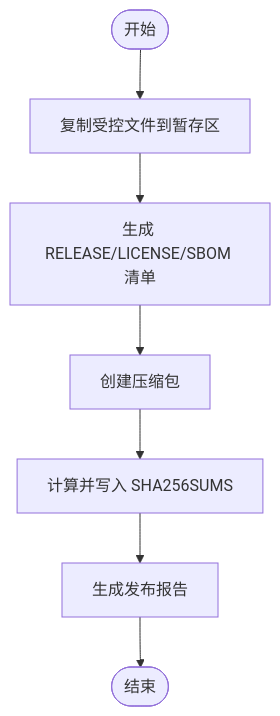
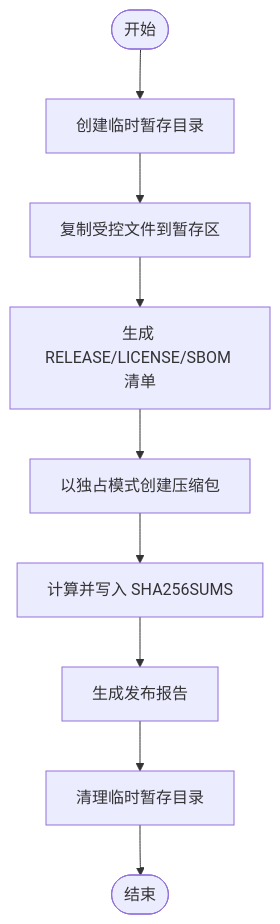
One commit to haolange/RDC-Tool changed the third of 9 diagrams in .qoder/repowiki/zh/content/部署和发布/发布打包.md. Above: the diagram before and after it, drawn with Mermaid. The commit also changed other lines of this file and 53 other files, not shown here.

````diff
--- a/.qoder/repowiki/zh/content/部署和发布/发布打包.md
+++ b/.qoder/repowiki/zh/content/部署和发布/发布打包.md
@@ -140,9 +157,11 @@
 ```mermaid
 flowchart TD
-Start(["开始"]) --> Copy["复制受控文件到暂存区"]
+Start(["开始"]) --> TempDir["创建临时暂存目录"]
+TempDir --> Copy["复制受控文件到暂存区"]
 Copy --> Meta["生成 RELEASE/LICENSE/SBOM 清单"]
-Meta --> Zip["创建压缩包"]
-Zip --> Checksum["计算并写入 SHA256SUMS"]
+Meta --> ExclusiveZip["以独占模式创建压缩包"]
+ExclusiveZip --> Checksum["计算并写入 SHA256SUMS"]
 Checksum --> Report["生成发布报告"]
-Report --> End(["结束"])
+Report --> Cleanup["清理临时暂存目录"]
+Cleanup --> End(["结束"])
 ```
````
